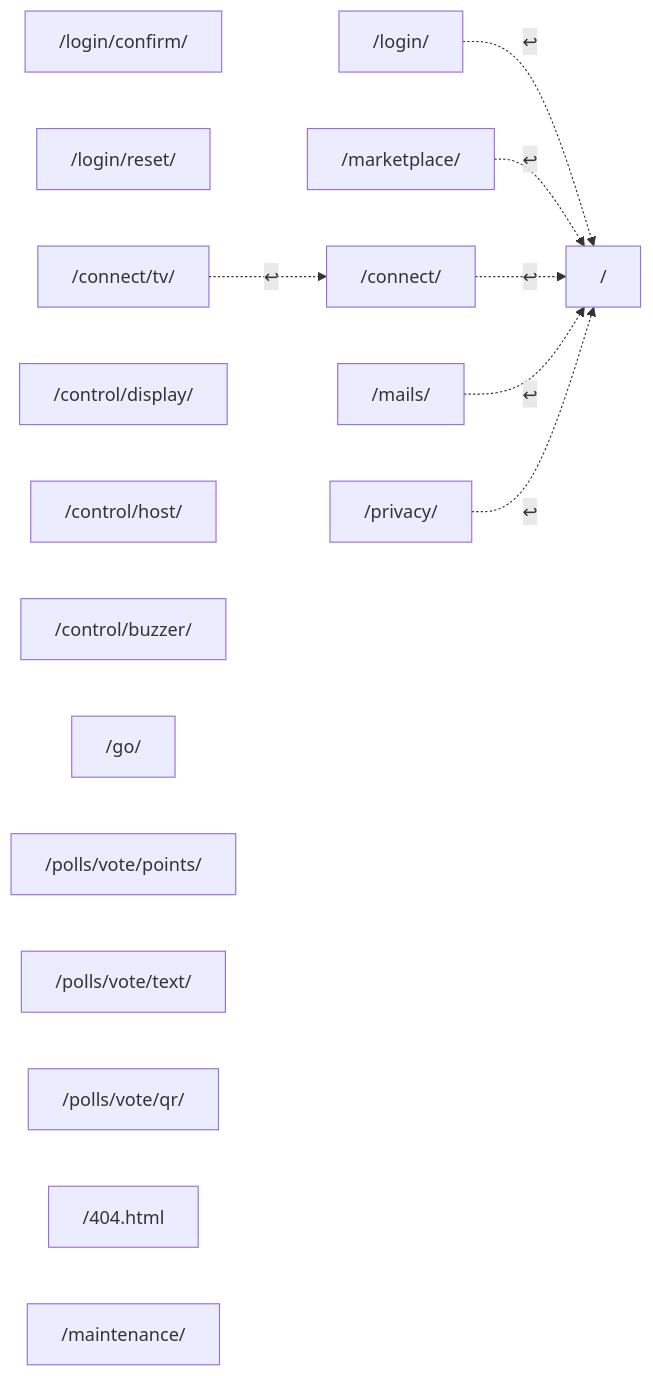
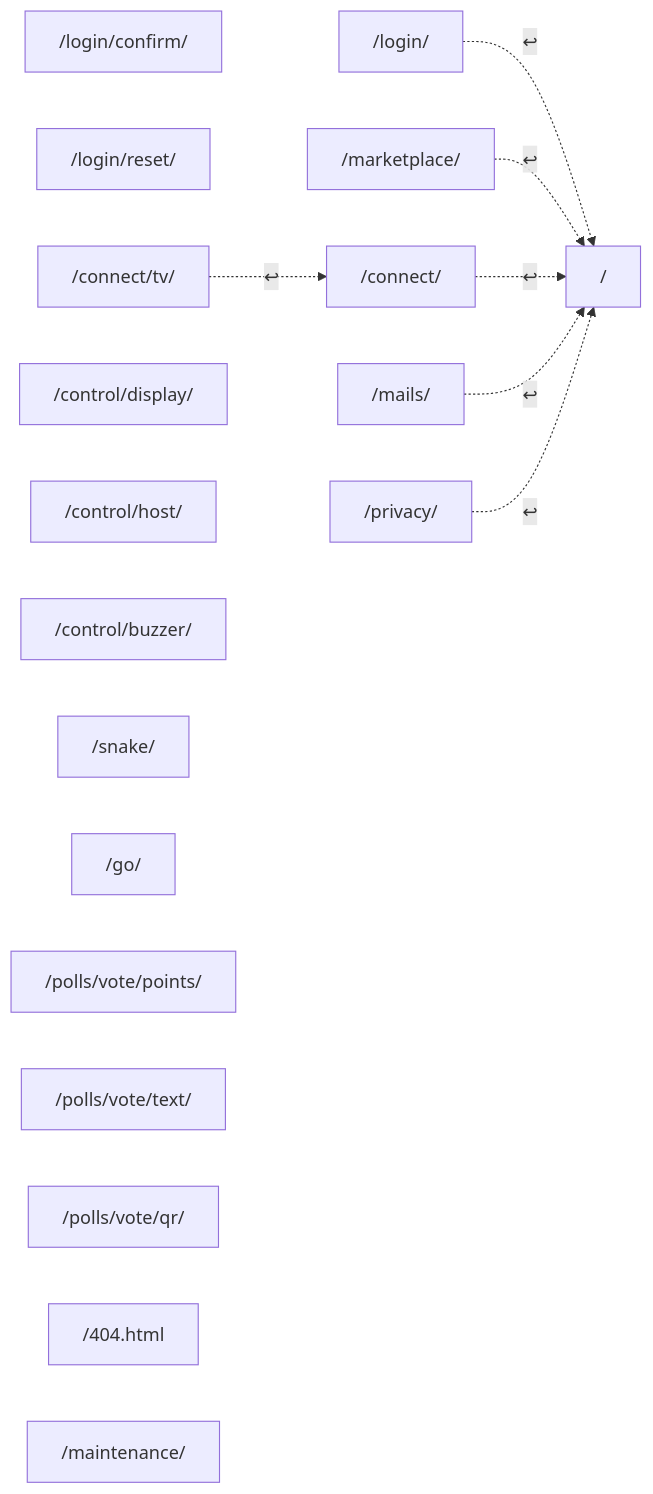
Before and after one commit to Andrish97/familiada: the fourth of 9 diagrams in docs/nawigacja-mapa-plan.md, drawn with Mermaid. The commit also changed other lines of this file and 25 other files, not shown here.

````diff
--- a/docs/nawigacja-mapa-plan.md
+++ b/docs/nawigacja-mapa-plan.md
@@ -611,27 +611,28 @@
 ```mermaid
 flowchart LR
   home["/"]
   login["/login/"]
   loginConfirm["/login/confirm/"]
   loginReset["/login/reset/"]
   marketplace["/marketplace/"]
   connectDevice["/connect/"]
   connectTv["/connect/tv/"]
   controlDisplay["/control/display/"]
   controlHost["/control/host/"]
   controlBuzzer["/control/buzzer/"]
+  snake["/snake/"]
   go["/go/"]
   pollVotePoints["/polls/vote/points/"]
   pollVoteText["/polls/vote/text/"]
   pollVoteQr["/polls/vote/qr/"]
   mailCenter["/mails/"]
   privacy["/privacy/"]
   notFound["/404.html"]
   maintenance["/maintenance/"]
   login -.->|↩| home
   marketplace -.->|↩| home
   connectDevice -.->|↩| home
   connectTv -.->|↩| connectDevice
   mailCenter -.->|↩| home
   privacy -.->|↩| home
 ```
````
